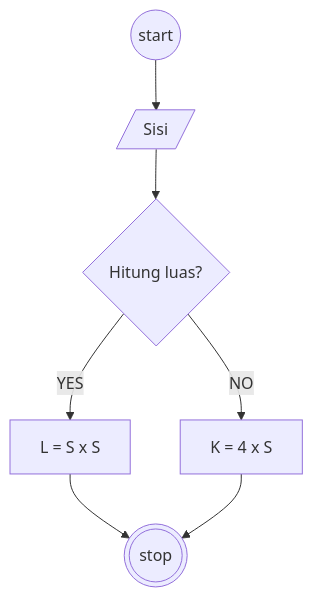
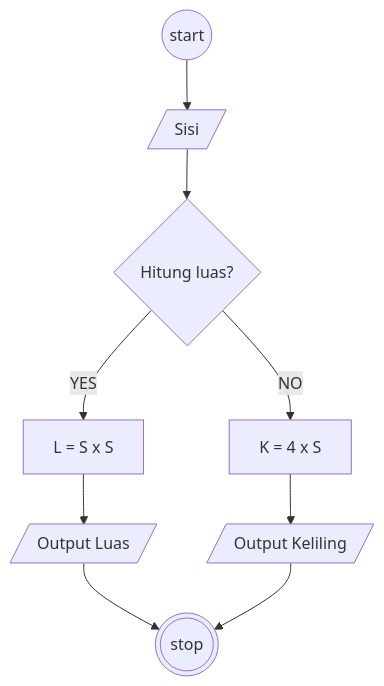
Before and after one commit to dev-Flone/koda-b1-javascript1: the diagram in koda-b1-javascript-lkpersegi.md, drawn with Mermaid.

Commit message:
mini task javascript, luas keliling persegi

````diff
--- a/koda-b1-javascript-lkpersegi.md
+++ b/koda-b1-javascript-lkpersegi.md
@@ -2,13 +2,15 @@
 ``` mermaid
 flowchart TD
     start((start))
     s[/Sisi/]
     lk{Hitung luas?}
     luas[L = S x S]
     keliling[K = 4 x S]
+    outputluas[/Output Luas/]
+    outputkeliling[/Output Keliling/]
     stop(((stop)))
 
     start --> s --> lk
-    lk -- YES --> luas --> stop
-    lk -- NO --> keliling --> stop
+    lk -- YES --> luas --> outputluas --> stop
+    lk -- NO --> keliling --> outputkeliling --> stop
 ```
````
